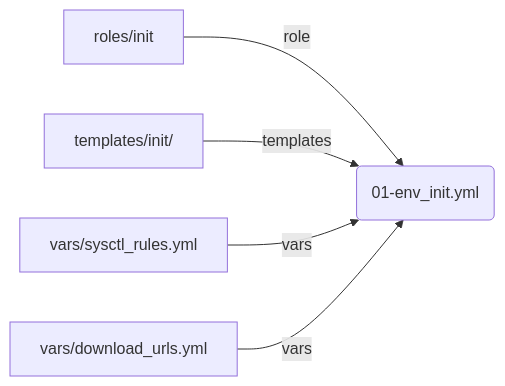
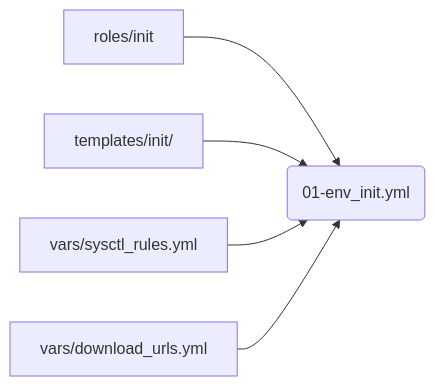
One commit to bottlelee/ansible-elk-deploy changed the diagram in docs/content/step-by-step/06-init-the-hosts.md. Above: the diagram before and after it, drawn with Mermaid. The commit also changed other lines of this file and 6 other files, not shown here.

```diff
--- a/docs/content/step-by-step/06-init-the-hosts.md
+++ b/docs/content/step-by-step/06-init-the-hosts.md
@@ -12,8 +12,8 @@
 {{<mermaid align="left">}}
 graph LR;
     Playbook(01-env_init.yml)
-    role[roles/init]-- role --> Playbook
-    template[templates/init/]-- templates --> Playbook
-    var1[vars/sysctl_rules.yml]-- vars --> Playbook
-    var2[vars/download_urls.yml] -- vars --> Playbook
+    role[roles/init] --> Playbook
+    template[templates/init/] --> Playbook
+    var1[vars/sysctl_rules.yml] --> Playbook
+    var2[vars/download_urls.yml] --> Playbook
 {{< /mermaid >}}
```
